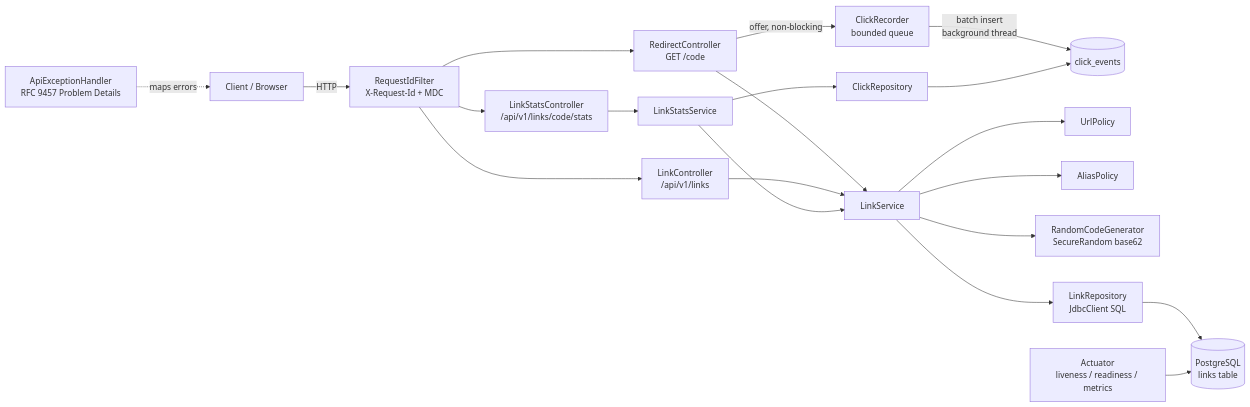
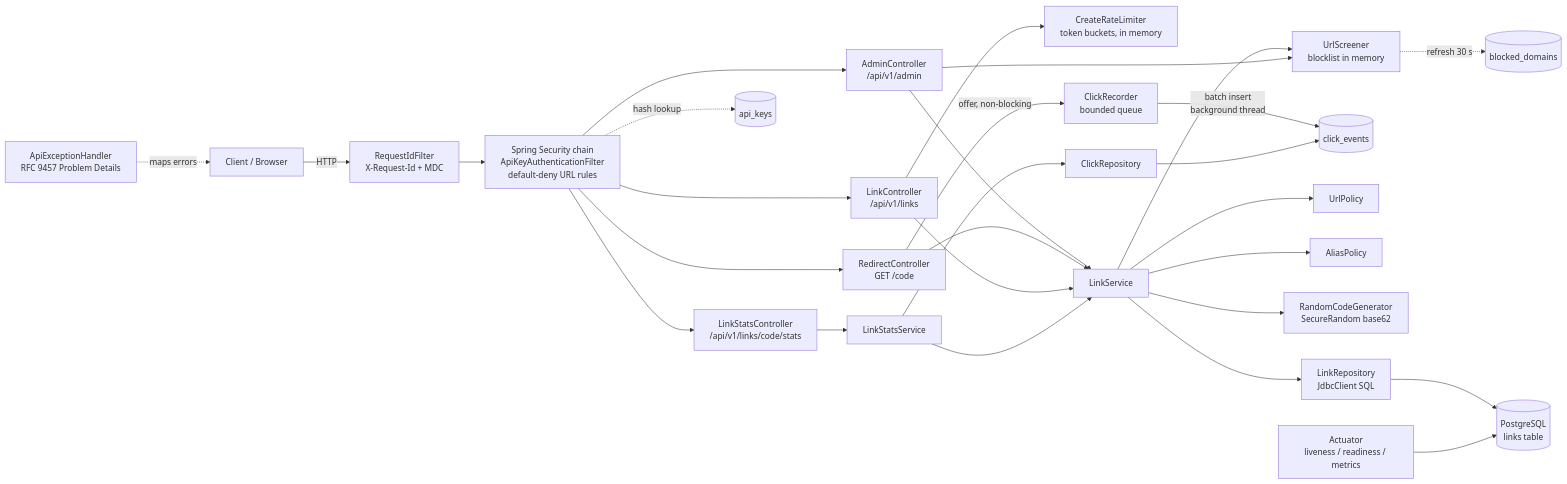
The first of 3 diagrams in docs/architecture.md (kartikchatlani/ngoms-ai-assessment), drawn with Mermaid before and after one commit. The commit also changed other lines of this file and 71 other files, not shown here.

First line of the commit message:
Phase 3: lock it down - API keys and ownership, rate limiting, URL screening

````diff
--- a/docs/architecture.md
+++ b/docs/architecture.md
@@ -18,22 +20,30 @@
 ```mermaid
 flowchart LR
     C[Client / Browser] -->|HTTP| F[RequestIdFilter<br/>X-Request-Id + MDC]
-    F --> RC[RedirectController<br/>GET /code]
-    F --> LC[LinkController<br/>/api/v1/links]
-    F --> SC[LinkStatsController<br/>/api/v1/links/code/stats]
+    F --> SEC[Spring Security chain<br/>ApiKeyAuthenticationFilter<br/>default-deny URL rules]
+    SEC --> RC[RedirectController<br/>GET /code]
+    SEC --> LC[LinkController<br/>/api/v1/links]
+    SEC --> SC[LinkStatsController<br/>/api/v1/links/code/stats]
+    SEC --> AC[AdminController<br/>/api/v1/admin]
+    SEC -.hash lookup.-> K[(api_keys)]
+    LC --> RL[CreateRateLimiter<br/>token buckets, in memory]
+    S --> US[UrlScreener<br/>blocklist in memory]
+    US -.refresh 30 s.-> BD[(blocked_domains)]
+    AC --> S
+    AC --> US
     RC --> S[LinkService]
     LC --> S
     RC -->|offer, non-blocking| CR[ClickRecorder<br/>bounded queue]
     CR -->|batch insert<br/>background thread| CDB[(click_events)]
     SC --> SS[LinkStatsService]
     SS --> S
     SS --> CRP[ClickRepository]
     CRP --> CDB
     S --> UP[UrlPolicy]
     S --> AP[AliasPolicy]
     S --> G[RandomCodeGenerator<br/>SecureRandom base62]
     S --> R[LinkRepository<br/>JdbcClient SQL]
     R --> DB[(PostgreSQL<br/>links table)]
     EH[ApiExceptionHandler<br/>RFC 9457 Problem Details] -.maps errors.-> C
     A[Actuator<br/>liveness / readiness / metrics] --> DB
 ```
````
